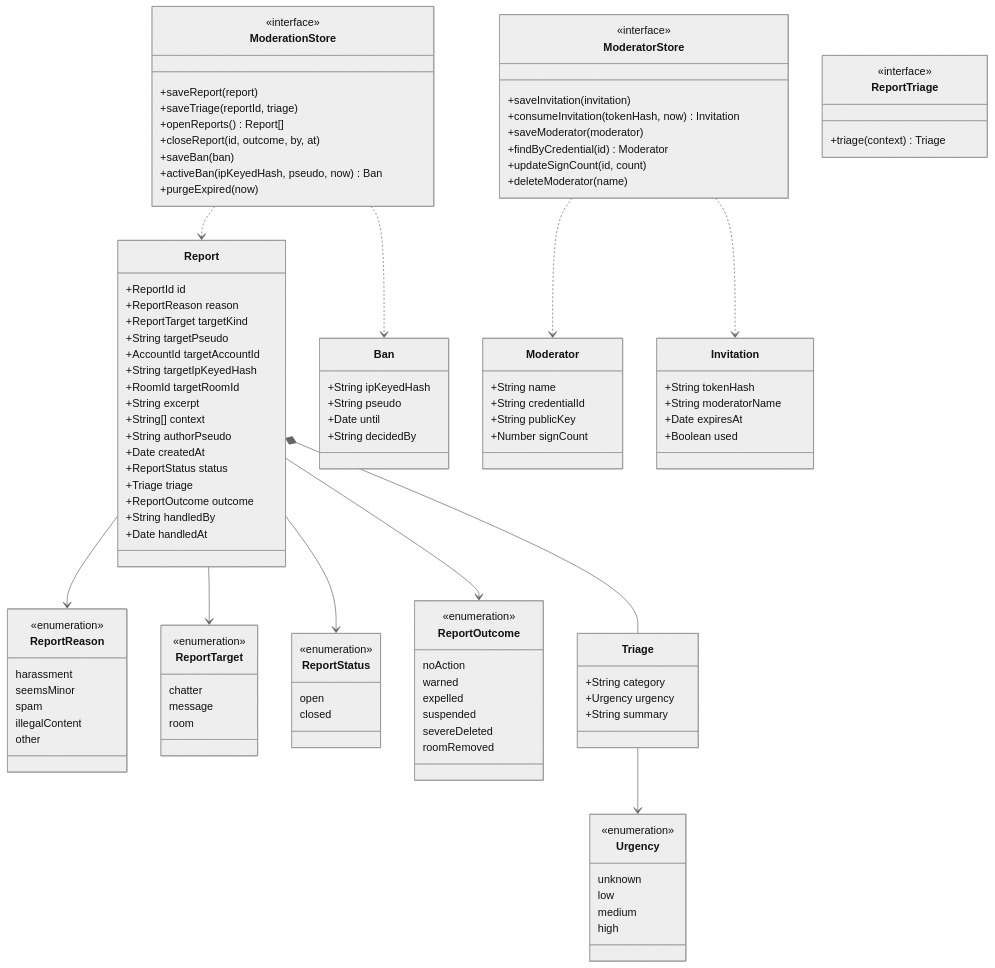
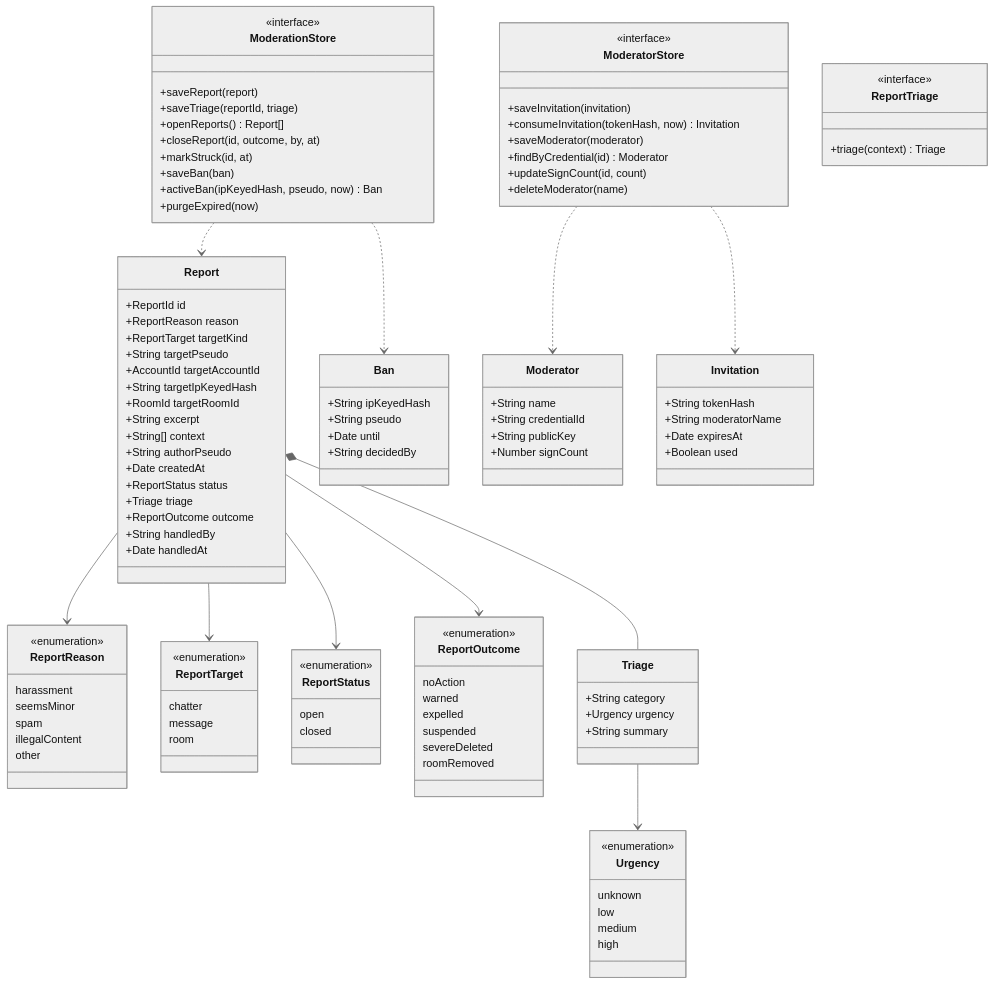
The diagram in docs/architecture/diagrams/moderation/04-class.md (benoit-bremaud/asv), drawn with Mermaid (neutral theme) before and after one commit. The commit also changed other lines of this file and 62 other files, not shown here.

```diff
--- a/docs/architecture/diagrams/moderation/04-class.md
+++ b/docs/architecture/diagrams/moderation/04-class.md
@@ -95,6 +95,7 @@
     +saveTriage(reportId, triage)
     +openReports() Report[]
     +closeReport(id, outcome, by, at)
+    +markStruck(id, at)
     +saveBan(ban)
     +activeBan(ipKeyedHash, pseudo, now) Ban
     +purgeExpired(now)
```
